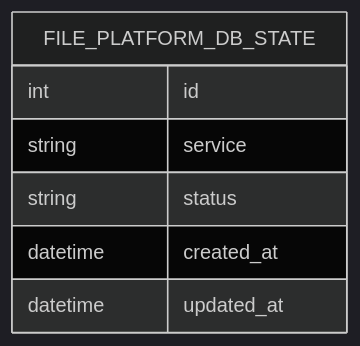
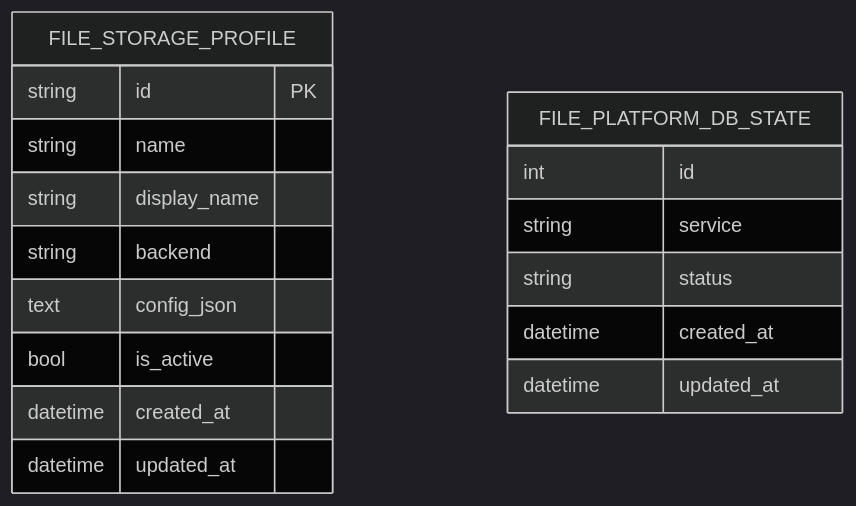
One commit to Cloud-Dog-AI/file-mcp-server changed the third of 8 diagrams in docs/ARCHITECTURE.md. Above: the diagram before and after it, drawn with Mermaid (dark theme). The commit also changed other lines of this file and 10 other files, not shown here.

````diff
--- a/docs/ARCHITECTURE.md
+++ b/docs/ARCHITECTURE.md
@@ -107,10 +217,20 @@
 ```mermaid
 erDiagram
+    FILE_STORAGE_PROFILE {
+        string id PK
+        string name
+        string display_name
+        string backend
+        text config_json
+        bool is_active
+        datetime created_at
+        datetime updated_at
+    }
     FILE_PLATFORM_DB_STATE {
         int id
         string service
         string status
         datetime created_at
         datetime updated_at
     }
 ```
````
